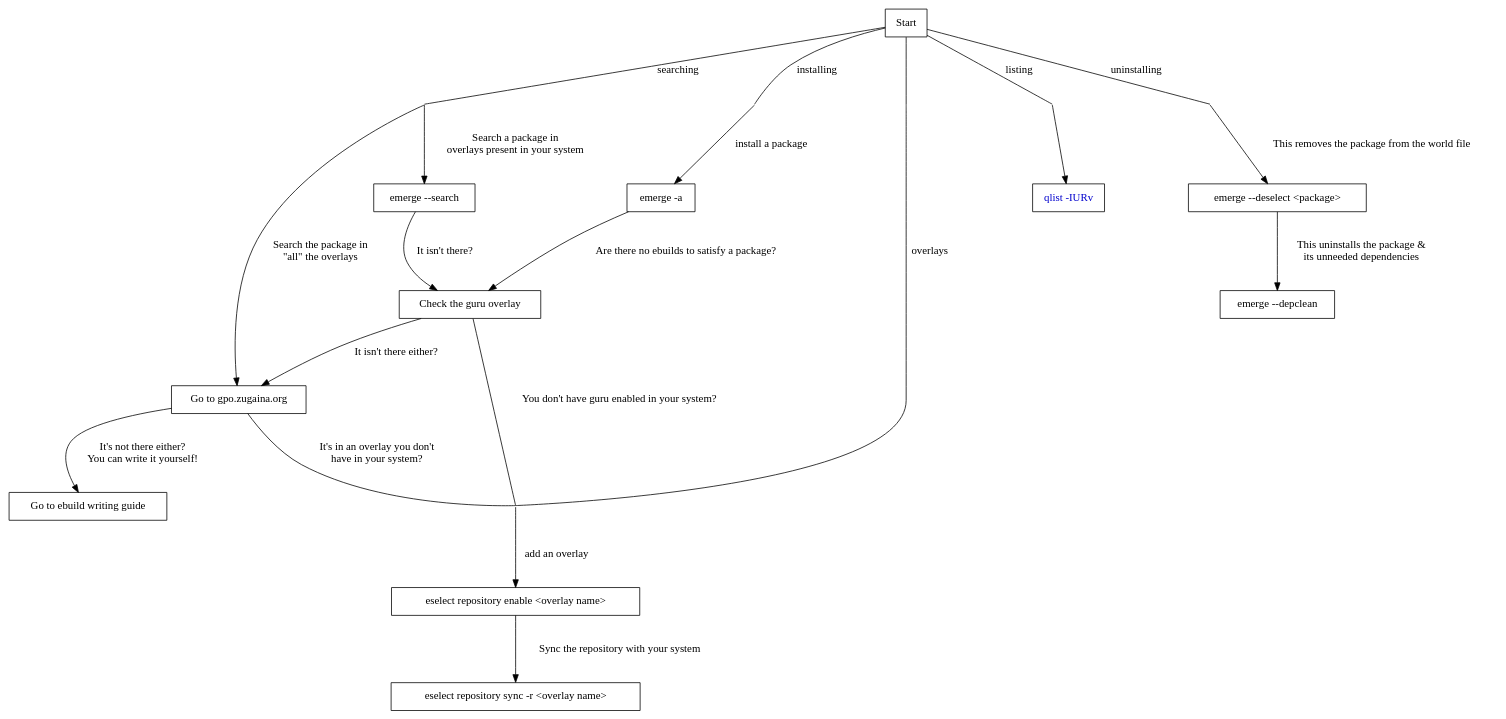
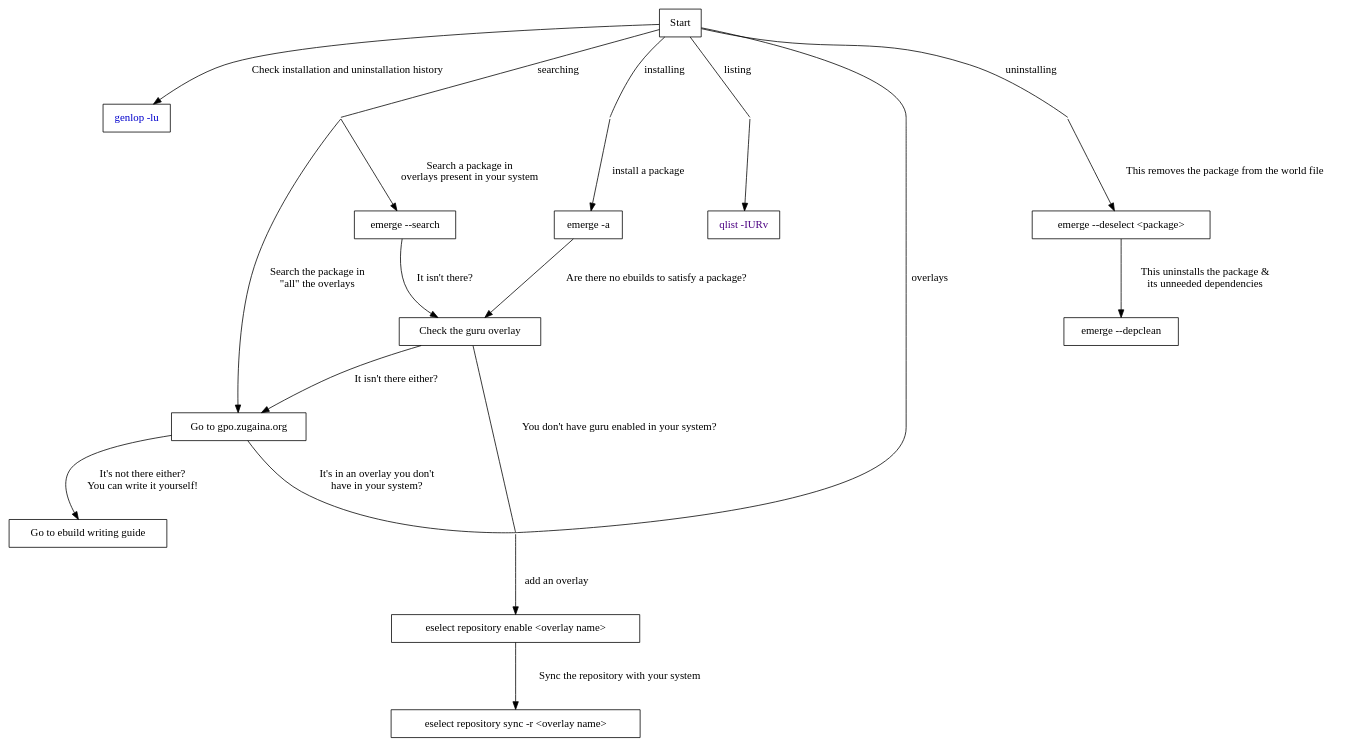
The diagram in cheat-sheet.gv (lima-limon-inc/gentoo-tools-cheat-sheet), drawn with Graphviz before and after one commit. The commit also changed 3 other files, not shown here.

```diff
--- a/cheat-sheet.gv
+++ b/cheat-sheet.gv
@@ -1,78 +1,80 @@
 digraph cheat_sheet {
   // node define
   node [
   shape = box
   ];
 
   graph [
   layout = dot,
   nodesep = 1.5,
   ranksep = 1.0,
   normalize = false,
   root=start
   ];
 
   edge [
     style = solid,
     fontsize = 14,
     labeldistance = 2.5,
     labelangle = 70
   ];
 
 
   start [label="Start"]
   emergeAsk [label="emerge -a"]
   emergeSearch [label="emerge --search"]
   gpoZugaina [label="Go to gpo.zugaina.org", URL="https://graphviz.org/docs/nodes/"]
   eselectRepo [label="eselect repository enable <overlay name>"]
   eselectRepoSync1 [label="eselect repository sync -r <overlay name>"]
   ebuildWriting [label="Go to ebuild writing guide" URL="https://devmanual.gentoo.org/ebuild-writing/index.html"]
-  qlist [label="qlist -IURv", fontcolor=blue3]
+  qlist [label="qlist -IURv", fontcolor=indigo]
   emergeDeselect [label="emerge --deselect <package>"]
   emergeDepclean [label="emerge --depclean"]
   guru [label="Check the guru overlay", URL="https://gitweb.gentoo.org/repo/proj/guru.git/tree/"]
+  genlop [label="genlop -lu", fontcolor=blue3]
 
 
   // Nodes used for demarking options
   joint1 [shape="none", label="", width=0, height=0]
   joint2 [shape="none", label="", width=0, height=0]
   joint3 [shape="none", label="", width=0, height=0]
   joint4 [shape="none", label="", width=0, height=0]
   joint5 [shape="none", label="", width=0, height=0]
   joint6 [shape="none", label="", width=0, height=0]
   joint7 [shape="none", label="", width=0, height=0]
   joint8 [shape="none", label="", width=0, height=0]
   joint9 [shape="none", label="", width=0, height=0]
   joint10 [shape="none", label="", width=0, height=0]
   joint11 [shape="none", label="", width=0, height=0]
 
 
 
   start -> joint3 [dir=none, label="installing"]
   joint3 -> emergeAsk [label="install a package"]
   emergeAsk -> guru [label="Are there no ebuilds to satisfy a package?"]
 
   start -> joint2 [label="searching", dir=none]
   joint2 -> emergeSearch [label="Search a package in \n overlays present in your system"]
   joint2 -> gpoZugaina [label="Search the package in \n \"all\" the overlays"]
   guru -> joint5 [label="You don't have guru enabled in your system?", dir=none]
   emergeSearch -> guru [label="It isn't there?"]
   guru -> gpoZugaina [label="It isn't there either?"]
   gpoZugaina -> joint5 [label="It's in an overlay you don't \n have in your system?", dir=none]
   eselectRepo -> eselectRepoSync1 [label="Sync the repository with your system"]
   gpoZugaina -> ebuildWriting [label="It's not there either? \n You can write it yourself!"]
 
   start -> joint4[label="listing", dir=none]
   joint4 -> qlist
 
   start -> joint5[label="overlays", dir=none]
   joint5 -> eselectRepo [label="add an overlay"]
 
   start -> joint6[label="uninstalling", dir=none]
   joint6 -> emergeDeselect[label="This removes the package from the world file"]
   emergeDeselect -> emergeDepclean[label="This uninstalls the package & \n its unneeded dependencies"]
-  //joint5 -> qlist
+
+  start -> genlop [label="Check installation and uninstallation history"]
 
 
 
 }
```
